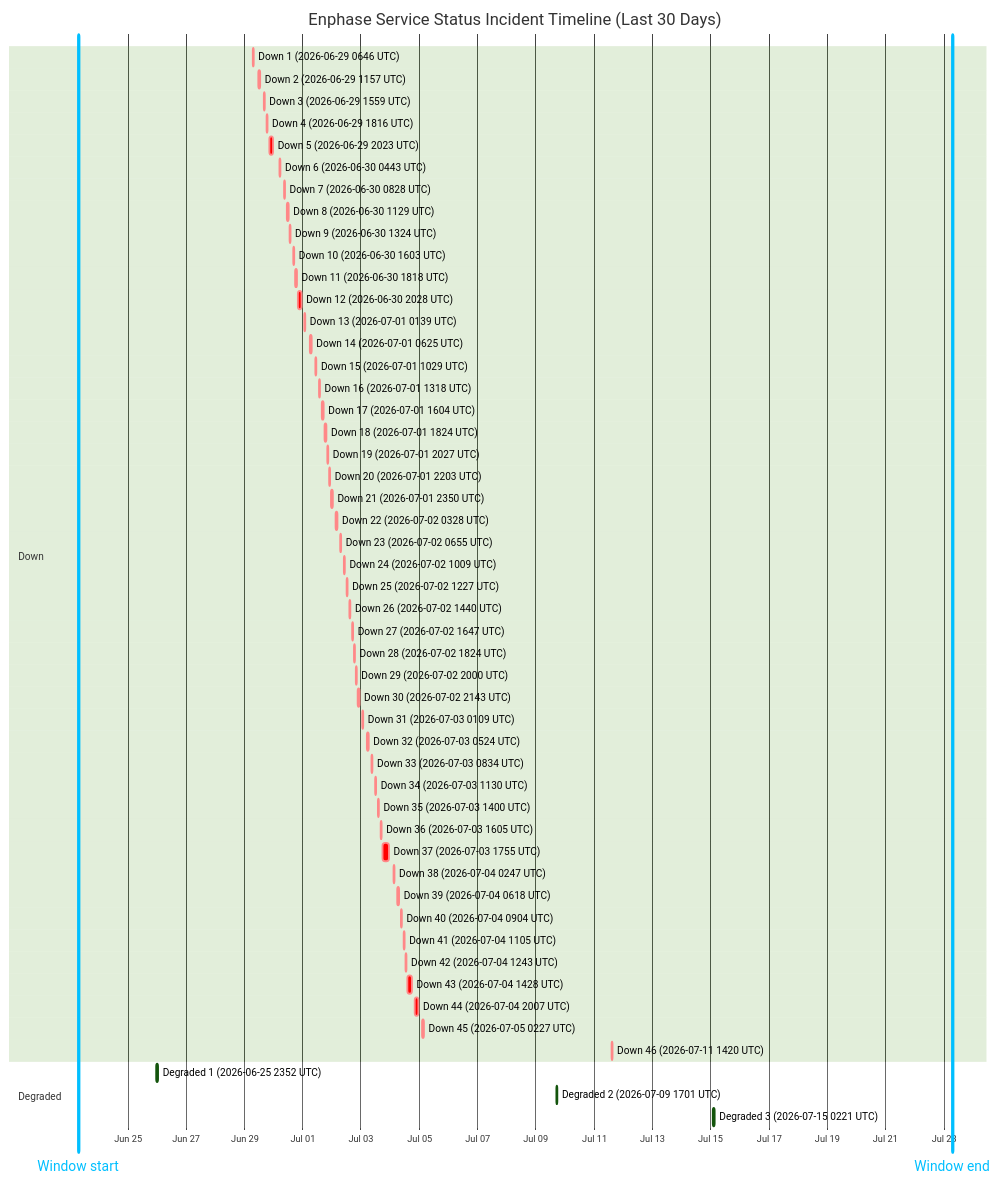
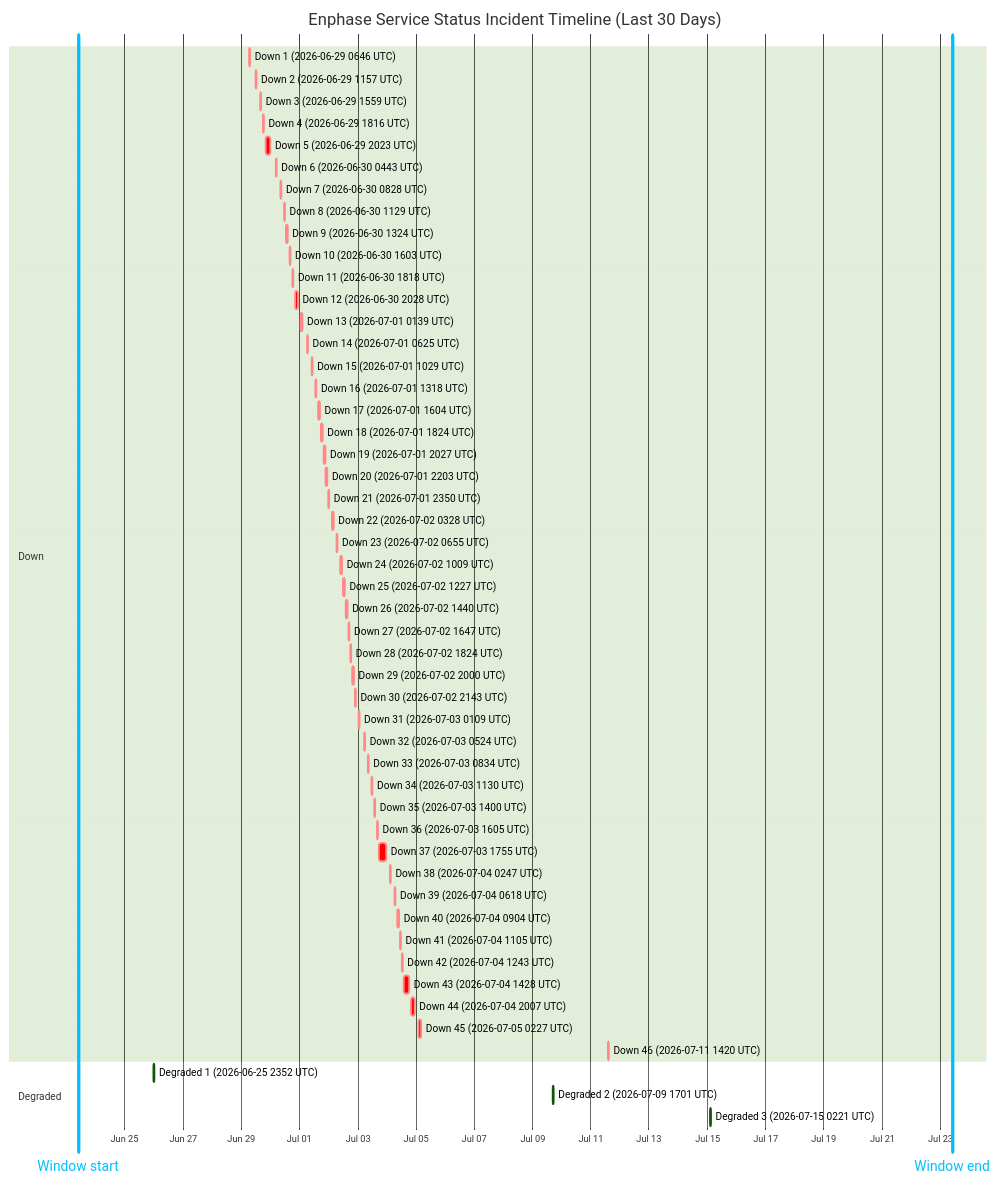
One commit to barneyonline/ha-enphase-energy changed the diagram in wiki/Service-Status-History.md. Above: the diagram before and after it, drawn with Mermaid (forest theme). The commit also changed other lines of this file and 3 other files, not shown here.

````diff
--- a/wiki/Service-Status-History.md
+++ b/wiki/Service-Status-History.md
@@ -14,59 +14,59 @@
 ```mermaid
 gantt
     title Enphase Service Status Incident Timeline (Last 30 Days)
     dateFormat  YYYY-MM-DDTHH:mm:ss
     axisFormat  %b %d
-    Window start :vert, window-start, 2026-06-23T07:04:49, 0ms
-    Window end :vert, window-end, 2026-07-23T07:04:49, 0ms
+    Window start :vert, window-start, 2026-06-23T09:56:51, 0ms
+    Window end :vert, window-end, 2026-07-23T09:56:51, 0ms
     section Down
     Down 1 (2026-06-29 0646 UTC) :crit, down-1, 2026-06-29T06:46:18, 60m
     Down 2 (2026-06-29 1157 UTC) :crit, down-2, 2026-06-29T11:57:36, 60m
     Down 3 (2026-06-29 1559 UTC) :crit, down-3, 2026-06-29T15:59:02, 60m
     Down 4 (2026-06-29 1816 UTC) :crit, down-4, 2026-06-29T18:16:38, 60m
     Down 5 (2026-06-29 2023 UTC) :crit, down-5, 2026-06-29T20:23:16, 220m
     Down 6 (2026-06-30 0443 UTC) :crit, down-6, 2026-06-30T04:43:54, 60m
     Down 7 (2026-06-30 0828 UTC) :crit, down-7, 2026-06-30T08:28:43, 60m
     Down 8 (2026-06-30 1129 UTC) :crit, down-8, 2026-06-30T11:29:15, 60m
     Down 9 (2026-06-30 1324 UTC) :crit, down-9, 2026-06-30T13:24:25, 60m
     Down 10 (2026-06-30 1603 UTC) :crit, down-10, 2026-06-30T16:03:26, 60m
     Down 11 (2026-06-30 1818 UTC) :crit, down-11, 2026-06-30T18:18:39, 60m
     Down 12 (2026-06-30 2028 UTC) :crit, down-12, 2026-06-30T20:28:54, 171m
     Down 13 (2026-07-01 0139 UTC) :crit, down-13, 2026-07-01T01:39:18, 60m
     Down 14 (2026-07-01 0625 UTC) :crit, down-14, 2026-07-01T06:25:35, 60m
     Down 15 (2026-07-01 1029 UTC) :crit, down-15, 2026-07-01T10:29:24, 60m
     Down 16 (2026-07-01 1318 UTC) :crit, down-16, 2026-07-01T13:18:31, 60m
     Down 17 (2026-07-01 1604 UTC) :crit, down-17, 2026-07-01T16:04:29, 60m
     Down 18 (2026-07-01 1824 UTC) :crit, down-18, 2026-07-01T18:24:21, 60m
     Down 19 (2026-07-01 2027 UTC) :crit, down-19, 2026-07-01T20:27:17, 60m
     Down 20 (2026-07-01 2203 UTC) :crit, down-20, 2026-07-01T22:03:46, 60m
     Down 21 (2026-07-01 2350 UTC) :crit, down-21, 2026-07-01T23:50:52, 60m
     Down 22 (2026-07-02 0328 UTC) :crit, down-22, 2026-07-02T03:28:33, 60m
     Down 23 (2026-07-02 0655 UTC) :crit, down-23, 2026-07-02T06:55:07, 60m
     Down 24 (2026-07-02 1009 UTC) :crit, down-24, 2026-07-02T10:09:15, 60m
     Down 25 (2026-07-02 1227 UTC) :crit, down-25, 2026-07-02T12:27:49, 60m
     Down 26 (2026-07-02 1440 UTC) :crit, down-26, 2026-07-02T14:40:53, 60m
     Down 27 (2026-07-02 1647 UTC) :crit, down-27, 2026-07-02T16:47:47, 60m
     Down 28 (2026-07-02 1824 UTC) :crit, down-28, 2026-07-02T18:24:26, 60m
     Down 29 (2026-07-02 2000 UTC) :crit, down-29, 2026-07-02T20:00:57, 60m
     Down 30 (2026-07-02 2143 UTC) :crit, down-30, 2026-07-02T21:43:52, 80m
     Down 31 (2026-07-03 0109 UTC) :crit, down-31, 2026-07-03T01:09:19, 60m
     Down 32 (2026-07-03 0524 UTC) :crit, down-32, 2026-07-03T05:24:23, 60m
     Down 33 (2026-07-03 0834 UTC) :crit, down-33, 2026-07-03T08:34:05, 60m
     Down 34 (2026-07-03 1130 UTC) :crit, down-34, 2026-07-03T11:30:41, 60m
     Down 35 (2026-07-03 1400 UTC) :crit, down-35, 2026-07-03T14:00:48, 60m
     Down 36 (2026-07-03 1605 UTC) :crit, down-36, 2026-07-03T16:05:49, 60m
     Down 37 (2026-07-03 1755 UTC) :crit, down-37, 2026-07-03T17:55:54, 338m
     Down 38 (2026-07-04 0247 UTC) :crit, down-38, 2026-07-04T02:47:22, 60m
     Down 39 (2026-07-04 0618 UTC) :crit, down-39, 2026-07-04T06:18:09, 60m
     Down 40 (2026-07-04 0904 UTC) :crit, down-40, 2026-07-04T09:04:41, 60m
     Down 41 (2026-07-04 1105 UTC) :crit, down-41, 2026-07-04T11:05:21, 60m
     Down 42 (2026-07-04 1243 UTC) :crit, down-42, 2026-07-04T12:43:25, 60m
     Down 43 (2026-07-04 1428 UTC) :crit, down-43, 2026-07-04T14:28:07, 243m
     Down 44 (2026-07-04 2007 UTC) :crit, down-44, 2026-07-04T20:07:50, 206m
     Down 45 (2026-07-05 0227 UTC) :crit, down-45, 2026-07-05T02:27:32, 109m
     Down 46 (2026-07-11 1420 UTC) :crit, down-46, 2026-07-11T14:20:54, 69m
     section Degraded
     Degraded 1 (2026-06-25 2352 UTC) :active, degraded-1, 2026-06-25T23:52:01, 60m
     Degraded 2 (2026-07-09 1701 UTC) :active, degraded-2, 2026-07-09T17:01:02, 60m
     Degraded 3 (2026-07-15 0221 UTC) :active, degraded-3, 2026-07-15T02:21:35, 60m
 ```
````
